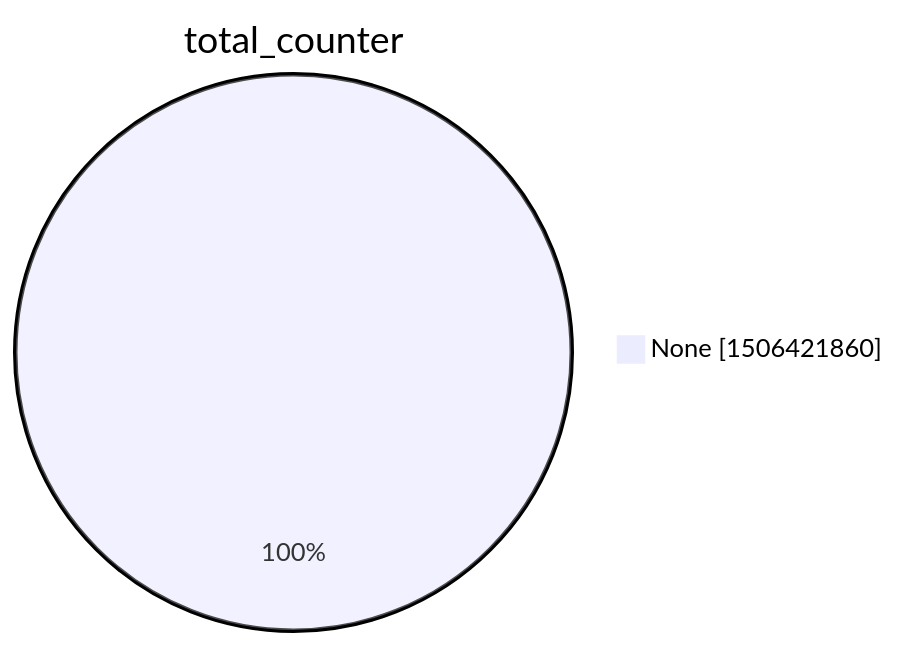
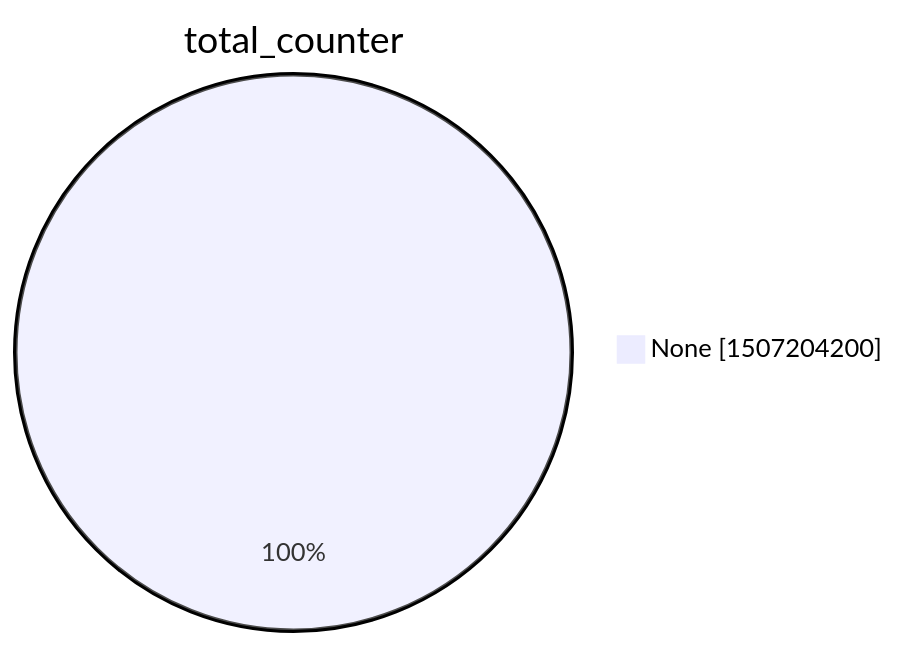
One commit to christiankrug/ctmonitor_visualization changed the second of 15 diagrams in xenon2022/README.md. Above: the diagram before and after it, drawn with Mermaid. The commit also changed other lines of this file, not shown here.

````diff
--- a/xenon2022/README.md
+++ b/xenon2022/README.md
@@ -9,5 +9,5 @@
 ```mermaid
 pie showData
 title total_counter
-"None" :1506421860
+"None" :1507204200
 ```
````
